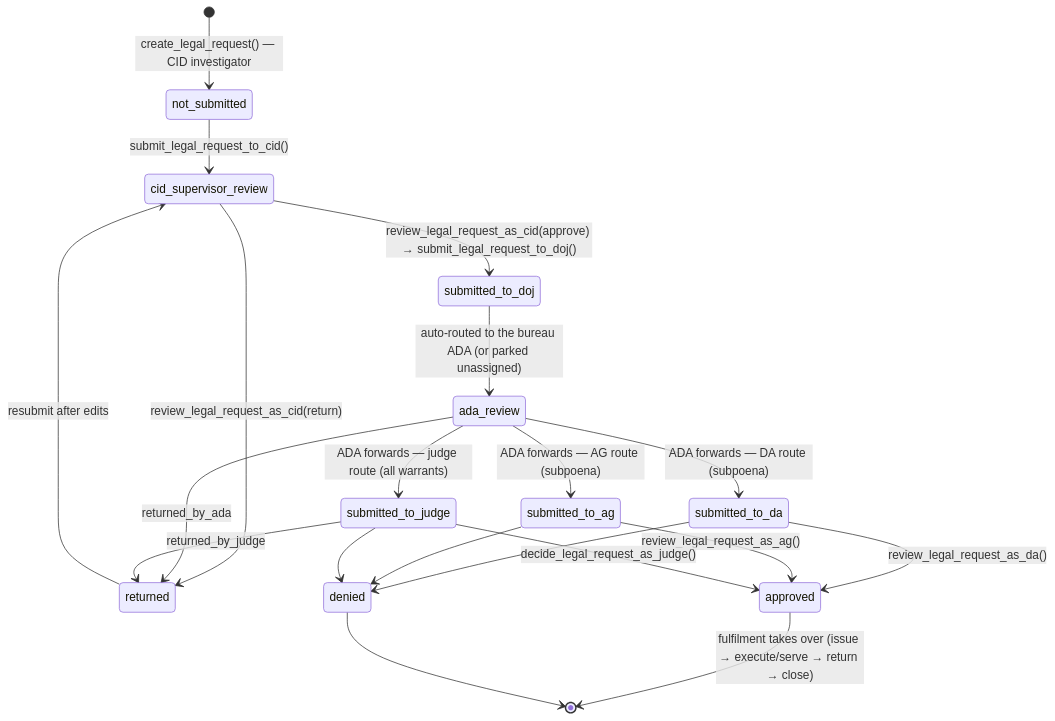
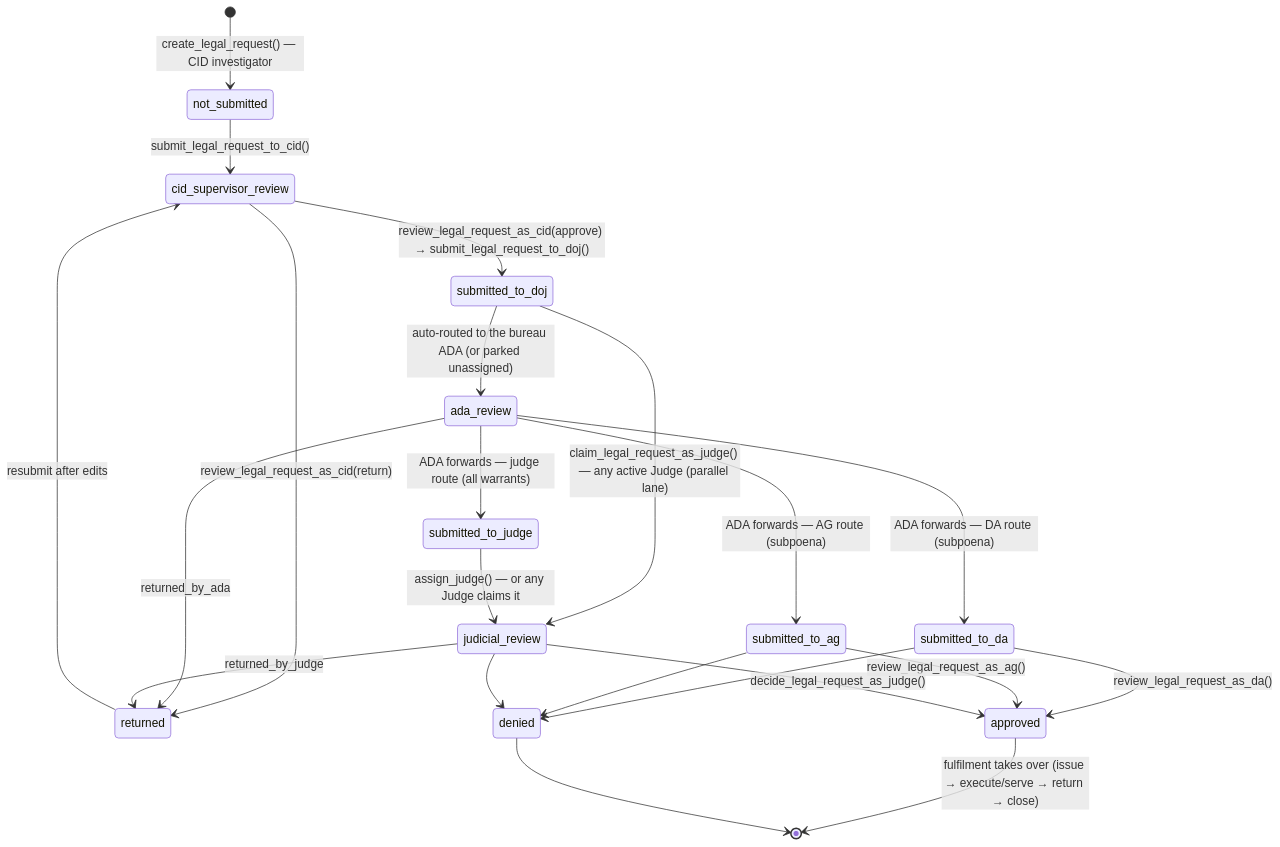
The third of 5 diagrams in docs/WORKFLOWS.md (hamadalrumaihi/cid), drawn with Mermaid before and after one commit. The commit also changed other lines of this file and 49 other files, not shown here.

````diff
--- a/docs/WORKFLOWS.md
+++ b/docs/WORKFLOWS.md
@@ -116,22 +117,24 @@
 ```mermaid
 stateDiagram-v2
     [*] --> not_submitted: create_legal_request() — CID investigator
     not_submitted --> cid_supervisor_review: submit_legal_request_to_cid()
     cid_supervisor_review --> returned: review_legal_request_as_cid(return)
     returned --> cid_supervisor_review: resubmit after edits
     cid_supervisor_review --> submitted_to_doj: review_legal_request_as_cid(approve) → submit_legal_request_to_doj()
     submitted_to_doj --> ada_review: auto-routed to the bureau ADA (or parked unassigned)
+    submitted_to_doj --> judicial_review: claim_legal_request_as_judge() — any active Judge (parallel lane)
     ada_review --> submitted_to_da: ADA forwards — DA route (subpoena)
     ada_review --> submitted_to_ag: ADA forwards — AG route (subpoena)
     ada_review --> submitted_to_judge: ADA forwards — judge route (all warrants)
     submitted_to_da --> approved: review_legal_request_as_da()
     submitted_to_ag --> approved: review_legal_request_as_ag()
-    submitted_to_judge --> approved: decide_legal_request_as_judge()
+    submitted_to_judge --> judicial_review: assign_judge() — or any Judge claims it
+    judicial_review --> approved: decide_legal_request_as_judge()
     submitted_to_da --> denied
     submitted_to_ag --> denied
-    submitted_to_judge --> denied
+    judicial_review --> denied
     ada_review --> returned: returned_by_ada
-    submitted_to_judge --> returned: returned_by_judge
+    judicial_review --> returned: returned_by_judge
     approved --> [*]: fulfilment takes over (issue → execute/serve → return → close)
     denied --> [*]
 ```
````
